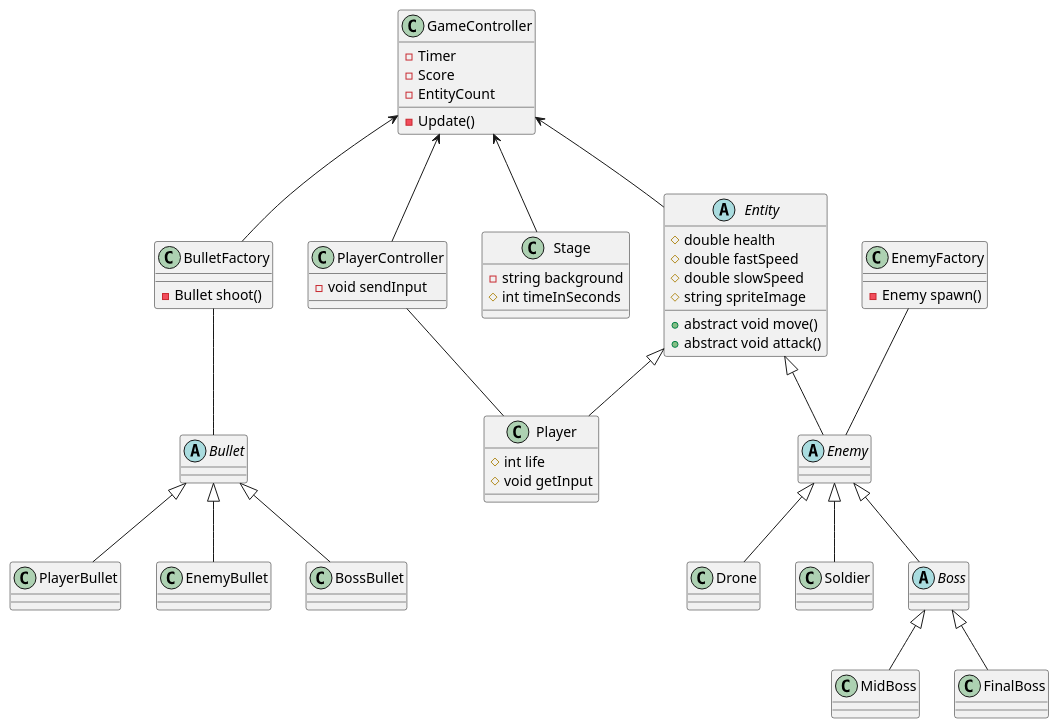
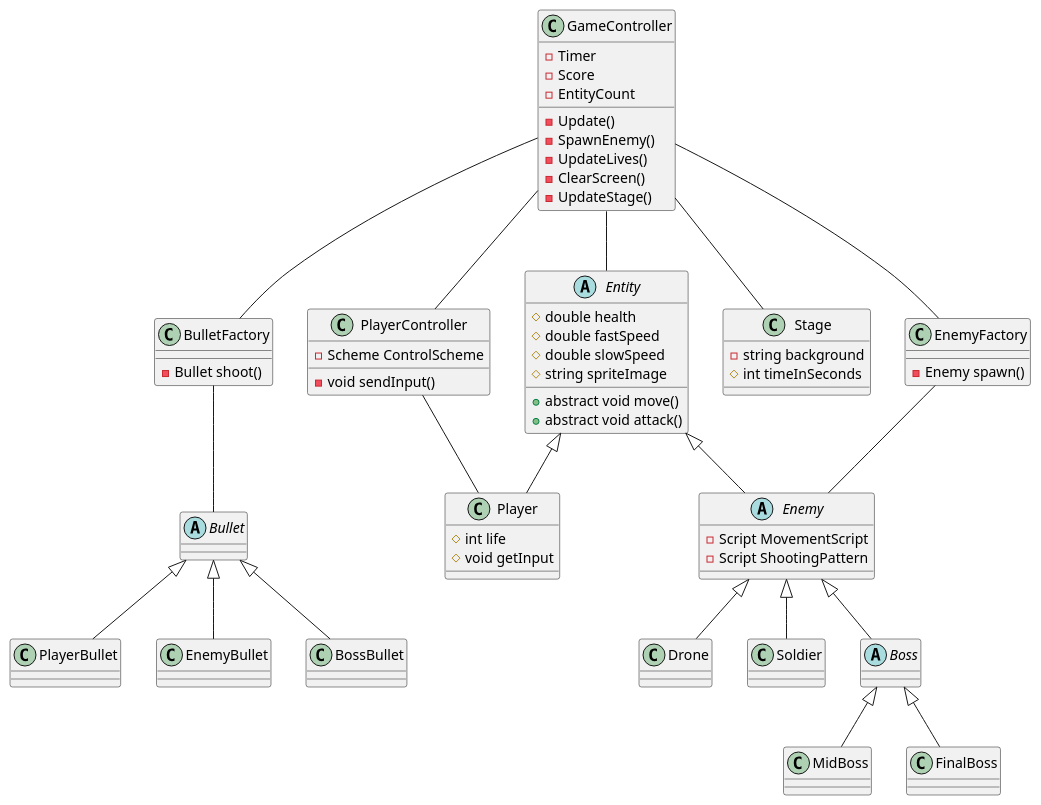
Before and after one commit to CalebLee99/FloridaFunTime: the diagram in Diagrams and Documents/MS1-UML-Class Diagram.puml, drawn with PlantUML.

Commit message:
Update MS1-UML-Class Diagram.puml

```diff
--- a/Diagrams and Documents/MS1-UML-Class Diagram.puml
+++ b/Diagrams and Documents/MS1-UML-Class Diagram.puml
@@ -1,83 +1,89 @@
 @startuml
 /'
 Private   :  -
 Protected :  #
 public    :  + 
 '/
 abstract Entity
 Entity : #double health
 Entity : #double fastSpeed 
 Entity : #double slowSpeed 
 Entity : #string spriteImage
 
 Entity : +abstract void move()
 Entity : +abstract void attack()
 
 '--- God Class ---'
 class GameController
-GameController <-- PlayerController
-GameController <-- Entity
-GameController <-- BulletFactory
-GameController <-- Stage
+GameController -- PlayerController
+GameController -- Entity
+GameController -- BulletFactory
+GameController -- Stage
 GameController : -Timer
 GameController : -Score
 GameController : -EntityCount
 GameController : -Update()
-
-
+GameController -- EnemyFactory
+GameController : -SpawnEnemy()
+GameController : -UpdateLives()
+GameController : -ClearScreen()
+GameController : -UpdateStage()
 
 '--- Player Stuff ---'
 class Player 
 Entity <|-- Player 
 Player : #int life
 Player : #void getInput
 
 class PlayerController
 PlayerController -- Player
-PlayerController : -void sendInput
+PlayerController : -Scheme ControlScheme 
+PlayerController : -void sendInput()
 '--- Enemy Stuff ---'
 abstract Enemy
 Entity <|-- Enemy
+Enemy : -Script MovementScript
+Enemy : -Script ShootingPattern
 
 class Drone
 Enemy <|-- Drone
 
 class Soldier
 Enemy <|-- Soldier
 
 abstract Boss
 Enemy <|-- Boss
 
 class MidBoss
 Boss <|-- MidBoss
 
 class FinalBoss
 Boss <|-- FinalBoss
 
 '--- Bullet Stuff ---'
 abstract Bullet
 BulletFactory -- Bullet
 
 class PlayerBullet
 Bullet <|-- PlayerBullet
 
 class EnemyBullet
 Bullet <|-- EnemyBullet
 
 class BossBullet
 Bullet <|-- BossBullet
 
 '--- Factory Stuff ---'
 class BulletFactory
 BulletFactory : -Bullet shoot()
 
 class EnemyFactory
 EnemyFactory -- Enemy
 EnemyFactory : -Enemy spawn()
 
 '--- Stage Stuff ---'
 class Stage
 Stage : -string background
 Stage : #int timeInSeconds 
 
 @enduml
```
